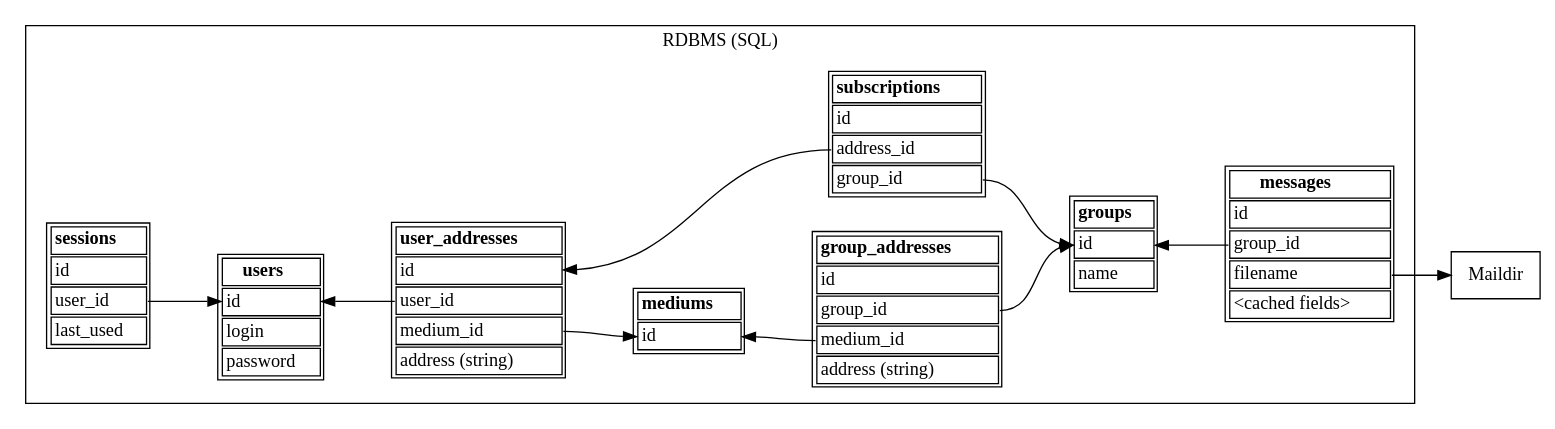
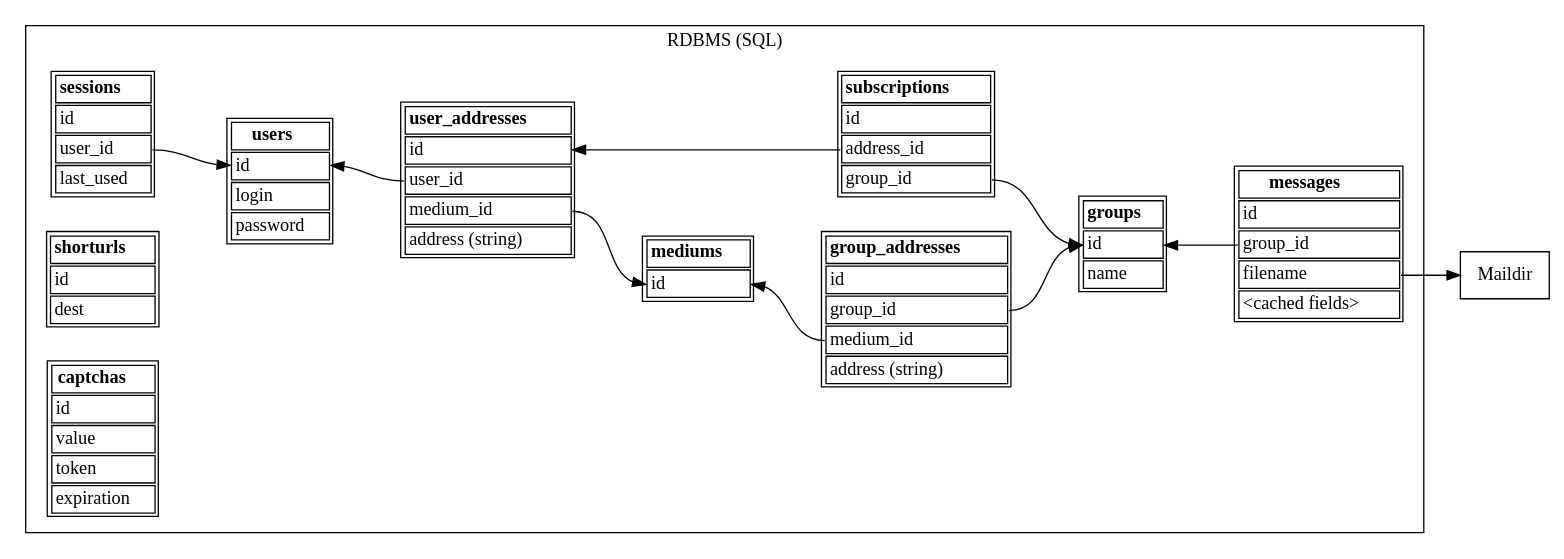
Before and after one commit to LukeShu/periwinkle: the diagram in HACKING/relational-model-diagram.dot, drawn with Graphviz.

Commit message:
HACKING/relational-model-diagram: add shorturl and captcha tables

```diff
--- a/HACKING/relational-model-diagram.dot
+++ b/HACKING/relational-model-diagram.dot
@@ -1,69 +1,82 @@
 digraph "relational-model-diagram" {
 	rankdir=LR;
 	node [shape=none];
 	subgraph cluster_rdbms {
 		label="RDBMS (SQL)"
 		users [label=<<TABLE>
 			<TR><TD PORT="_"><B>users</B></TD></TR>
 			<TR><TD ALIGN="LEFT" PORT="id">id</TD></TR>
 			<TR><TD ALIGN="LEFT" PORT="login">login</TD></TR>
 			<TR><TD ALIGN="LEFT" PORT="password">password</TD></TR>
 			</TABLE>>];
 		user_addresses [label=<<TABLE>
 			<TR><TD PORT="_"><B>user_addresses</B></TD></TR>
 			<TR><TD ALIGN="LEFT" PORT="id">id</TD></TR>
 			<TR><TD ALIGN="LEFT" PORT="user_id">user_id</TD></TR>
 			<TR><TD ALIGN="LEFT" PORT="medium_id">medium_id</TD></TR>
 			<TR><TD ALIGN="LEFT" PORT="address (string)">address (string)</TD></TR>
 			</TABLE>>];
 		group_addresses [label=<<TABLE>
 			<TR><TD PORT="_"><B>group_addresses</B></TD></TR>
 			<TR><TD ALIGN="LEFT" PORT="id">id</TD></TR>
 			<TR><TD ALIGN="LEFT" PORT="group_id">group_id</TD></TR>
 			<TR><TD ALIGN="LEFT" PORT="medium_id">medium_id</TD></TR>
 			<TR><TD ALIGN="LEFT" PORT="address (string)">address (string)</TD></TR>
 			</TABLE>>];
 		mediums [label=<<TABLE>
 			<TR><TD PORT="_"><B>mediums</B></TD></TR>
 			<TR><TD ALIGN="LEFT" PORT="id">id</TD></TR>
 			</TABLE>>];
 		groups [label=<<TABLE>
 			<TR><TD PORT="_"><B>groups</B></TD></TR>
 			<TR><TD ALIGN="LEFT" PORT="id">id</TD></TR>
 			<TR><TD ALIGN="LEFT" PORT="name">name</TD></TR>
 			</TABLE>>];
 		messages [label=<<TABLE>
 			<TR><TD PORT="_"><B>messages</B></TD></TR>
 			<TR><TD ALIGN="LEFT" PORT="id">id</TD></TR>
 			<TR><TD ALIGN="LEFT" PORT="group_id">group_id</TD></TR>
 			<TR><TD ALIGN="LEFT" PORT="filename">filename</TD></TR>
 			<TR><TD ALIGN="LEFT" PORT="&lt;cached fields&gt;">&lt;cached fields&gt;</TD></TR>
 			</TABLE>>];
 		subscriptions [label=<<TABLE>
 			<TR><TD PORT="_"><B>subscriptions</B></TD></TR>
 			<TR><TD ALIGN="LEFT" PORT="id">id</TD></TR>
 			<TR><TD ALIGN="LEFT" PORT="address_id">address_id</TD></TR>
 			<TR><TD ALIGN="LEFT" PORT="group_id">group_id</TD></TR>
 			</TABLE>>];
 
 		sessions [label=<<TABLE>
 			<TR><TD PORT="_"><B>sessions</B></TD></TR>
 			<TR><TD ALIGN="LEFT" PORT="id">id</TD></TR>
 			<TR><TD ALIGN="LEFT" PORT="user_id">user_id</TD></TR>
 			<TR><TD ALIGN="LEFT" PORT="last_used">last_used</TD></TR>
 			</TABLE>>];
+
+		shorturls [label=<<TABLE>
+			<TR><TD PORT="_"><B>shorturls</B></TD></TR>
+			<TR><TD ALIGN="LEFT" PORT="id">id</TD></TR>
+			<TR><TD ALIGN="LEFT" PORT="dest">dest</TD></TR>
+			</TABLE>>];
+		captchas [label=<<TABLE>
+			<TR><TD PORT="_"><B>captchas</B></TD></TR>
+			<TR><TD ALIGN="LEFT" PORT="id">id</TD></TR>
+			<TR><TD ALIGN="LEFT" PORT="value">value</TD></TR>
+			<TR><TD ALIGN="LEFT" PORT="token">token</TD></TR>
+			<TR><TD ALIGN="LEFT" PORT="expiration">expiration</TD></TR>
+			</TABLE>>];
 	}
 	Maildir [shape=rect];
 
 	users:id -> user_addresses:user_id [dir=back];
 	mediums:id -> group_addresses:medium_id [dir=back];
 	subscriptions:group_id -> groups:id;
 	user_addresses:id -> subscriptions:address_id [dir=back];
 
 	sessions:user_id -> users:id;
 	user_addresses:medium_id -> mediums:id;
 	group_addresses:group_id -> groups:id;
 	groups:id -> messages:group_id [dir=back];
 
 	messages:filename -> Maildir;
 }
```
